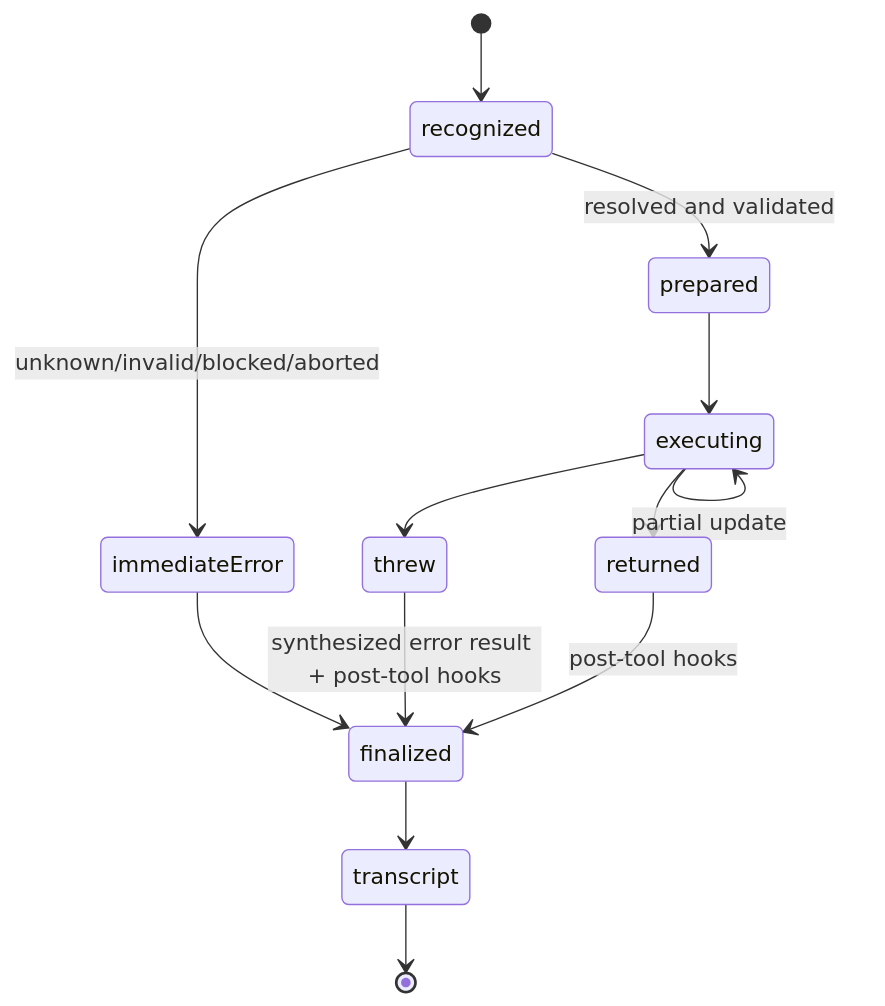
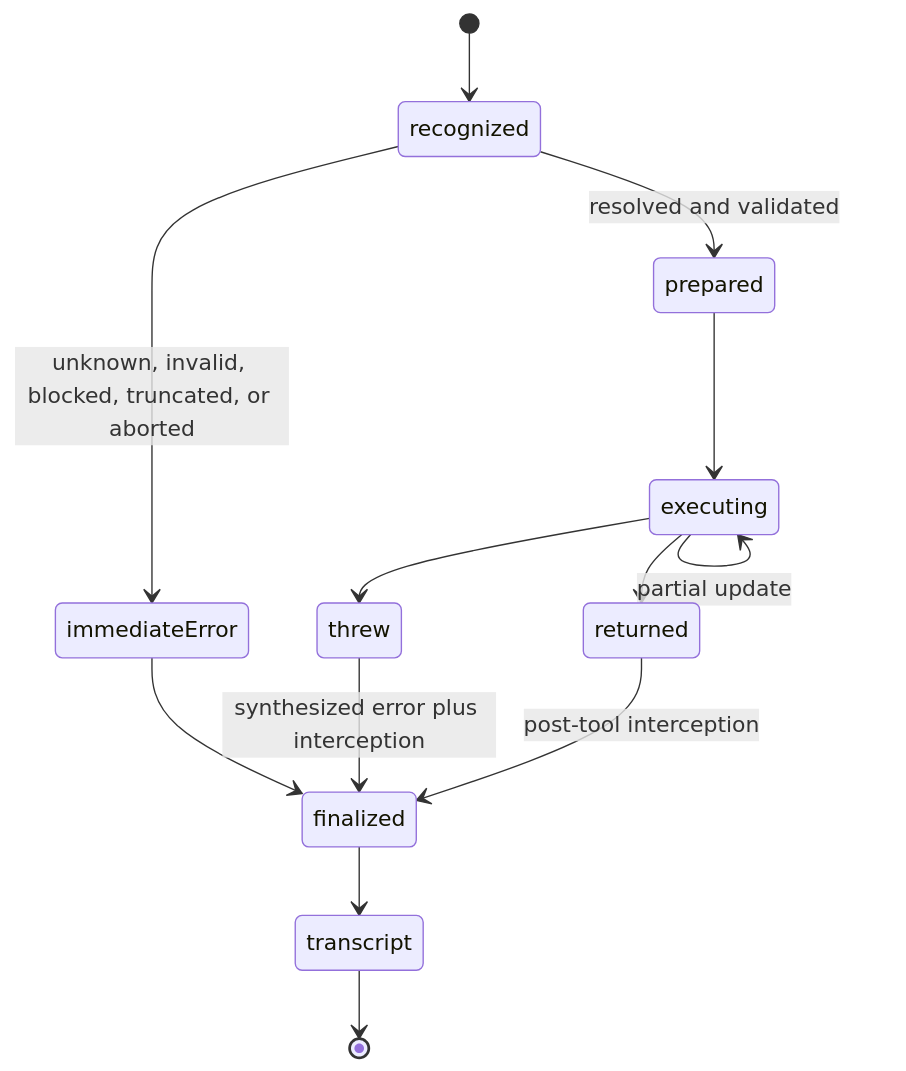
The fifth of 5 diagrams in docs/tool-calling.md (OnlineChefGroep/pi-agent-orchestrator), drawn with Mermaid before and after one commit. The commit also changed other lines of this file, not shown here.

Commit message:
docs: align tool-call contract with queued and fan-out behavior

````diff
--- a/docs/tool-calling.md
+++ b/docs/tool-calling.md
@@ -792,15 +808,15 @@
 ```mermaid
 stateDiagram-v2
     [*] --> recognized
-    recognized --> immediateError: unknown/invalid/blocked/aborted
+    recognized --> immediateError: unknown, invalid, blocked, truncated, or aborted
     recognized --> prepared: resolved and validated
     prepared --> executing
     executing --> executing: partial update
     executing --> returned
     executing --> threw
-    returned --> finalized: post-tool hooks
-    threw --> finalized: synthesized error result + post-tool hooks
+    returned --> finalized: post-tool interception
+    threw --> finalized: synthesized error plus interception
     immediateError --> finalized
     finalized --> transcript
     transcript --> [*]
 ```
````
